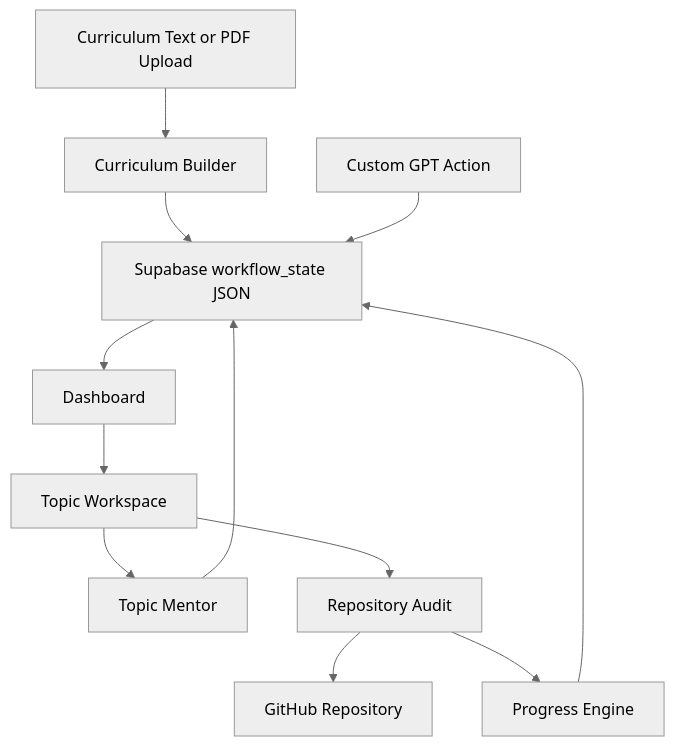
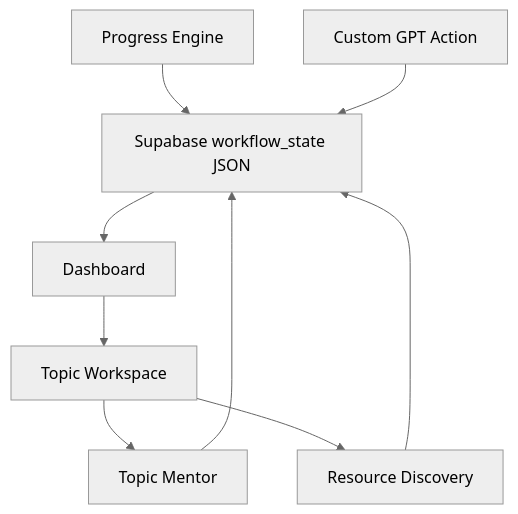
Before and after one commit to JackCulleton/workflow-manage: the diagram in README.md, drawn with Mermaid (neutral theme). The commit also changed other lines of this file and 11 other files, not shown here.

````diff
--- a/README.md
+++ b/README.md
@@ -39,25 +34,19 @@
 ```mermaid
 flowchart TD
-  PDF[Curriculum Text or PDF Upload]
-  Builder[Curriculum Builder]
   DB[Supabase workflow_state JSON]
   Dashboard[Dashboard]
   Workspace[Topic Workspace]
   Mentor[Topic Mentor]
-  Audit[Repository Audit]
+  Resources[Resource Discovery]
   Progress[Progress Engine]
   GPT[Custom GPT Action]
-  GitHub[GitHub Repository]
 
-  PDF --> Builder
-  Builder --> DB
   DB --> Dashboard
   Dashboard --> Workspace
   Workspace --> Mentor
-  Workspace --> Audit
-  Audit --> GitHub
-  Audit --> Progress
+  Workspace --> Resources
   Mentor --> DB
+  Resources --> DB
   Progress --> DB
   GPT --> DB
 ```
````
